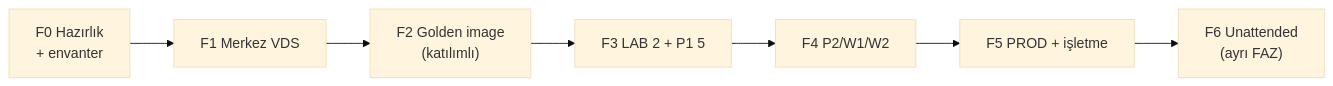
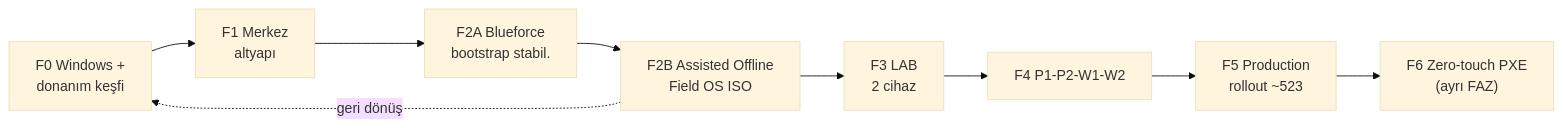
The diagram in docs/25-IMPLEMENTATION-ROADMAP.md (emirhanmamak-blueforce/Blueforce-Linux), drawn with Mermaid (base theme) before and after one commit. The commit also changed other lines of this file and 176 other files, not shown here.

````diff
--- a/docs/25-IMPLEMENTATION-ROADMAP.md
+++ b/docs/25-IMPLEMENTATION-ROADMAP.md
@@ -114,9 +136,11 @@
 ```mermaid
 flowchart LR
-    F0["F0 Hazırlık<br/>+ envanter"] --> F1["F1 Merkez VDS"]
-    F1 --> F2["F2 Golden image<br/>(katılımlı)"]
-    F2 --> F3["F3 LAB 2 + P1 5"]
-    F3 --> F4["F4 P2/W1/W2"]
-    F4 --> F5["F5 PROD + işletme"]
-    F5 --> F6["F6 Unattended<br/>(ayrı FAZ)"]
+    F0["F0 Windows +<br/>donanım keşfi"] --> F1["F1 Merkez<br/>altyapı"]
+    F1 --> F2A["F2A Blueforce<br/>bootstrap stabil."]
+    F2A --> F2B["F2B Assisted Offline<br/>Field OS ISO"]
+    F2B --> F3["F3 LAB<br/>2 cihaz"]
+    F3 --> F4["F4 P1-P2-W1-W2"]
+    F4 --> F5["F5 Production<br/>rollout ~523"]
+    F5 --> F6["F6 Zero-touch PXE<br/>(ayrı FAZ)"]
+    F2B -. "geri dönüş" .-> F0
 ```
````
